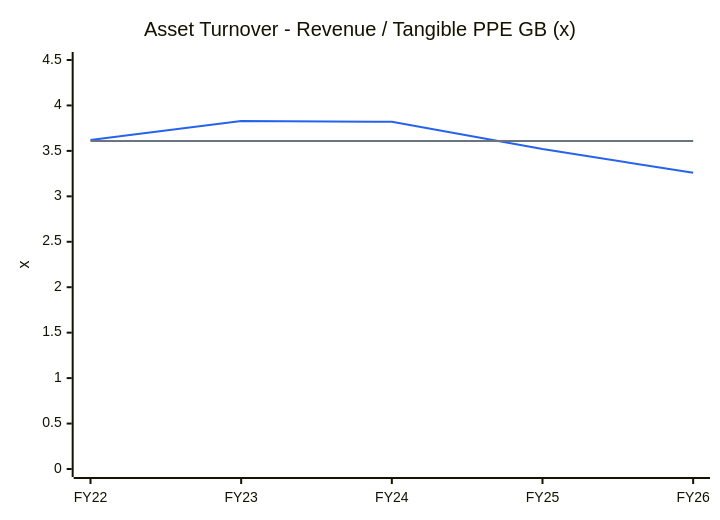
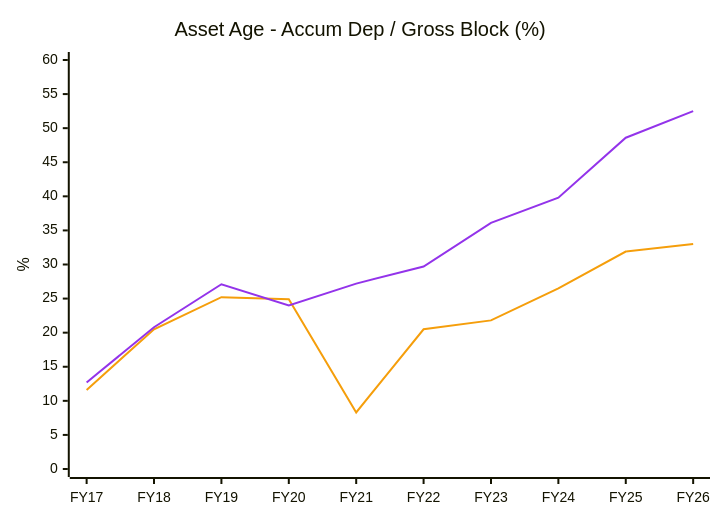
One commit to Anubhavsingh13/Stock-Analysis changed diagram 17 of 19 in GMMPFAUDLR_GMMPfaudler_2026-10-14.md. Above: the diagram before and after it, drawn with Mermaid. The commit also changed other lines of this file, not shown here.

````diff
--- a/GMMPFAUDLR_GMMPfaudler_2026-10-14.md
+++ b/GMMPFAUDLR_GMMPfaudler_2026-10-14.md
@@ -661,9 +750,9 @@
 ```mermaid
-%%{init: {"themeVariables": {"xyChart": {"plotColorPalette": "#2563eb, #6b7280"}}}}%%
+%%{init: {"themeVariables": {"xyChart": {"plotColorPalette": "#f59e0b, #9333ea"}}}}%%
 xychart-beta
-    title "Asset Turnover - Revenue / Tangible PPE GB (x)"
-    x-axis [FY22, FY23, FY24, FY25, FY26]
-    y-axis "x" 0 --> 4.5
-    line [3.62, 3.83, 3.82, 3.52, 3.26]
-    line [3.61, 3.61, 3.61, 3.61, 3.61]
+    title "Asset Age - Accum Dep / Gross Block (%)"
+    x-axis [FY17, FY18, FY19, FY20, FY21, FY22, FY23, FY24, FY25, FY26]
+    y-axis "%" 0 --> 60
+    line [11.6, 20.5, 25.2, 24.9, 8.3, 20.5, 21.8, 26.5, 31.9, 33.0]
+    line [12.7, 20.8, 27.1, 24.0, 27.2, 29.7, 36.1, 39.8, 48.6, 52.5]
 ```
````
